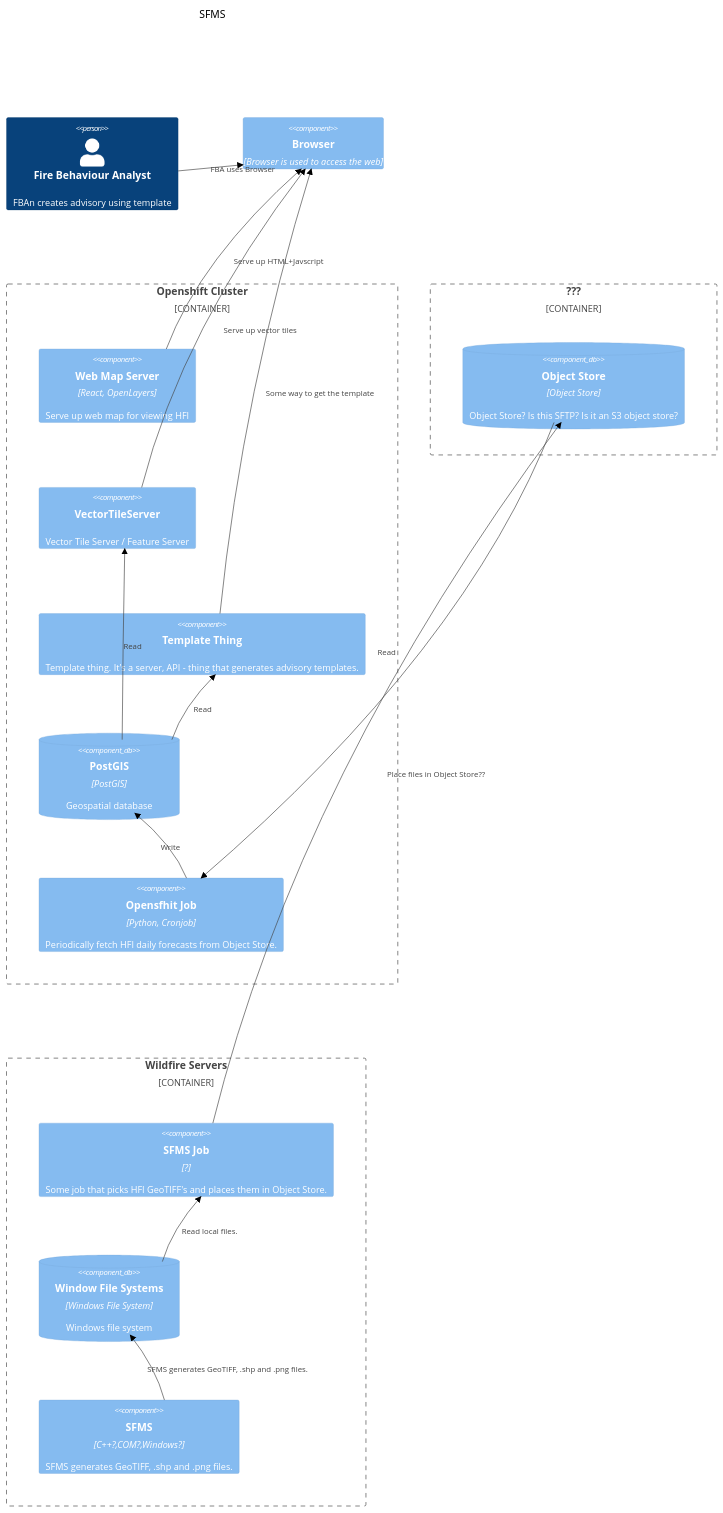
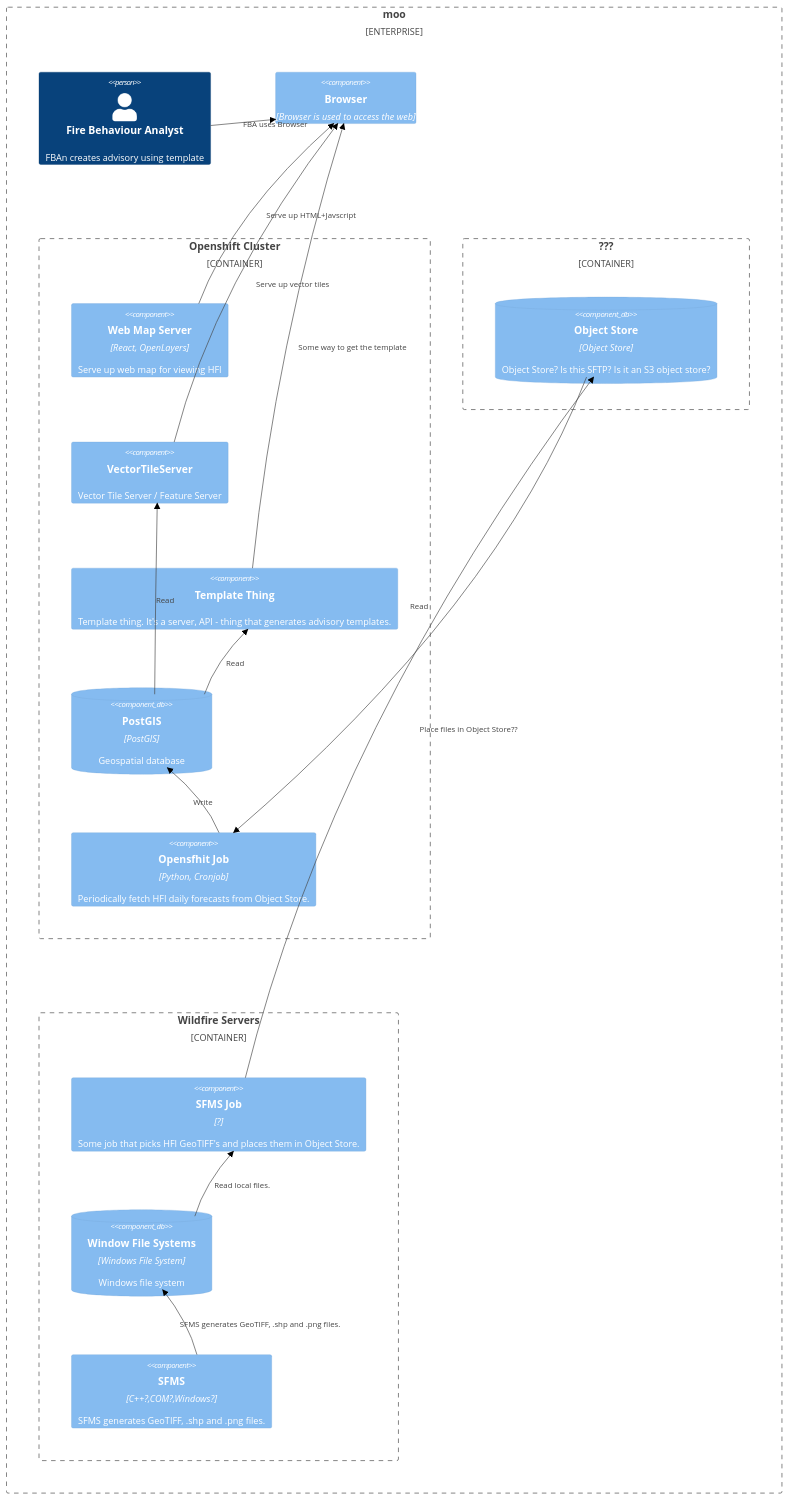
One commit to bcgov/wps changed the first of 2 diagrams in architecture/sffms.md. Above: the diagram before and after it, drawn with Mermaid (forest theme). The commit also changed other lines of this file, not shown here.

````diff
--- a/architecture/sffms.md
+++ b/architecture/sffms.md
@@ -5,41 +5,42 @@
 ```mermaid
 C4Context
-
-    title SFMS
+    
+    Enterprise_Boundary(m0, "moo") {
 
     Person(FBA, "Fire Behaviour Analyst", "FBAn creates advisory using template")
     Component(Browser, "Browser", "Browser is used to access the web")
 
     Rel(FBA, Browser, "FBA uses Browser")
     Rel(WebMap, Browser, "Serve up HTML+Javscript")
     Rel(VectorTileServer, Browser, "Serve up vector tiles")
     Rel(TemplateThing, Browser, "Some way to get the template")
 
 
     Container_Boundary(Openshift, "Openshift Cluster") {
         Component(WebMap, "Web Map Server", "React, OpenLayers", "Serve up web map for viewing HFI")
         Component(VectorTileServer, "VectorTileServer", "", "Vector Tile Server / Feature Server")
         Component(TemplateThing, "Template Thing", "", "Template thing. It's a server, API - thing that generates advisory templates.")
         ComponentDb(PostGIS, "PostGIS", "PostGIS", "Geospatial database")
         Component(PSU_FETCH_JOB, "Opensfhit Job", "Python, Cronjob", "Periodically fetch HFI daily forecasts from Object Store.")
 
         Rel(Object Store, PSU_FETCH_JOB, "Read")
         Rel(PSU_FETCH_JOB, PostGIS, "Write")
         Rel(PostGIS, VectorTileServer, "Read")
         Rel(PostGIS, TemplateThing, "Read")
     }
 
     Container_Boundary(Object Store, "???") {
         ComponentDb(Object Store, "Object Store", "Object Store", "Object Store? Is this SFTP? Is it an S3 object store?")
     }
 
     Container_Boundary(WildfireServers, "Wildfire Servers") {
         Component(SFMS_JOB, "SFMS Job", "?", "Some job that picks HFI GeoTIFF's and places them in Object Store.")
         ComponentDb(SFMSFileSystem, "Window File Systems", "Windows File System", "Windows file system")
         Component(SFMS, "SFMS", "C++?,COM?,Windows?", "SFMS generates GeoTIFF, .shp and .png files.")
 
         Rel(SFMS, SFMSFileSystem, "SFMS generates GeoTIFF, .shp and .png files.")
         Rel(SFMSFileSystem, SFMS_JOB, "Read local files.")
         Rel(SFMS_JOB, Object Store, "Place files in Object Store??")
     }
+    }
 ```
````
